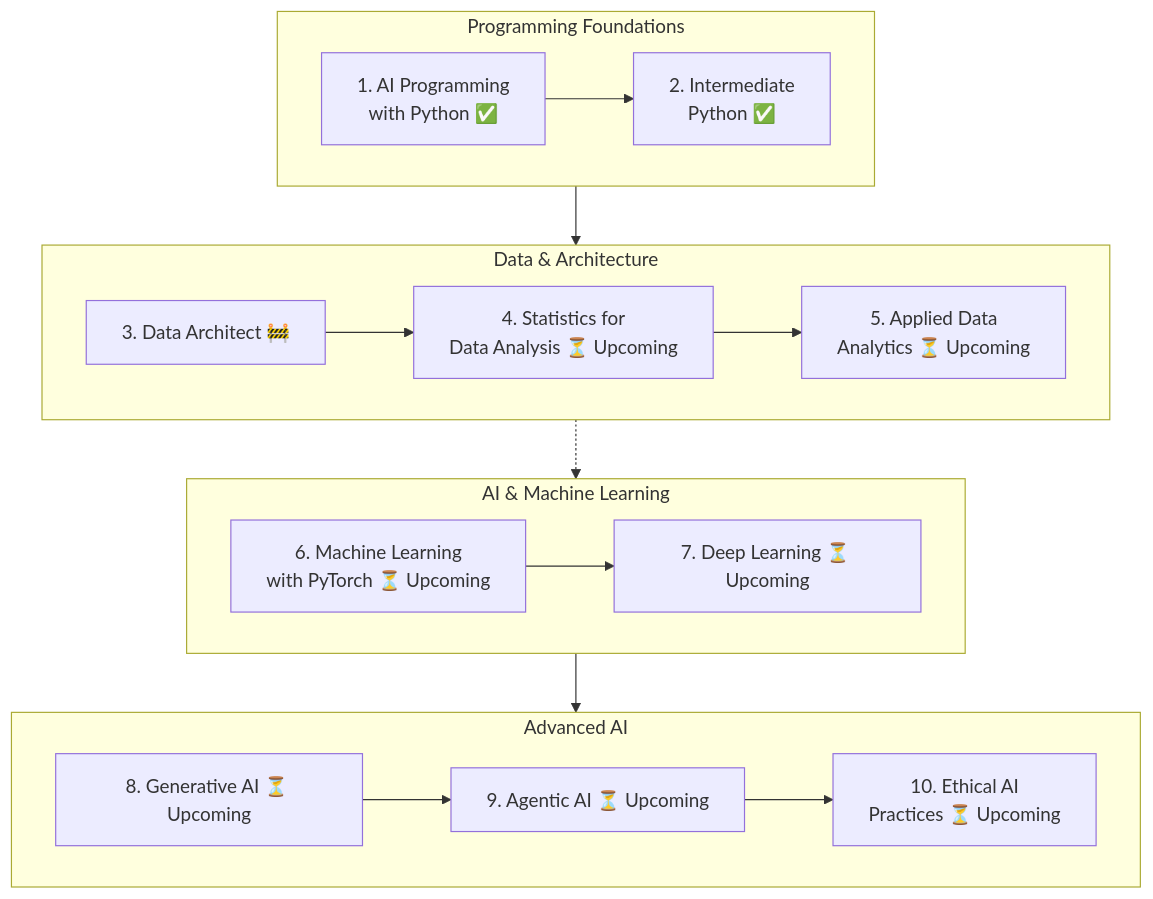
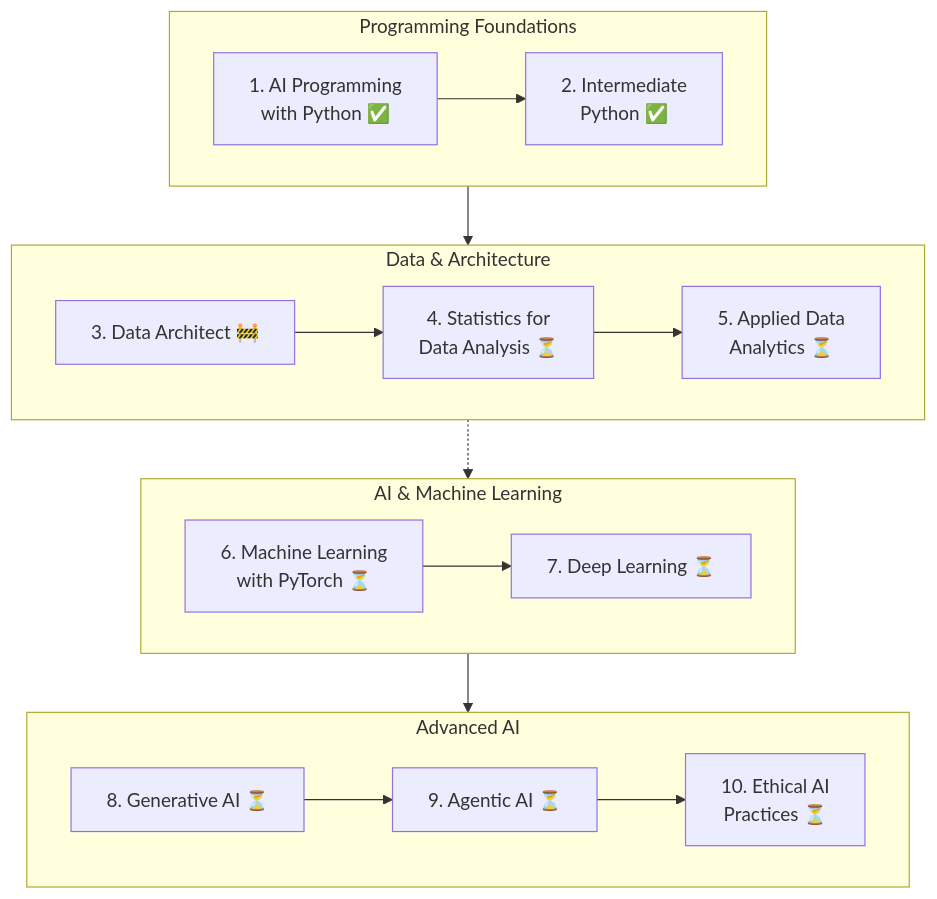
Before and after one commit to SwimLane2/udacity-ai-masters: the diagram in README.md, drawn with Mermaid.

````diff
--- a/README.md
+++ b/README.md
@@ -41,51 +41,51 @@
 ```mermaid
 flowchart TB
 
  subgraph subGraph0["Programming Foundations"]
         A["1. AI Programming
 with Python ✅"]
 
         B["2. Intermediate
 Python ✅"]
  end
 
  subgraph subGraph1["Data & Architecture"]
         C["3. Data Architect 🚧"]
 
         D["4. Statistics for
-Data Analysis ⏳ Upcoming"]
+Data Analysis ⏳"]
 
         E["5. Applied Data 
-Analytics ⏳ Upcoming"]
+Analytics ⏳"]
  end
 
  subgraph subGraph2["AI & Machine Learning"]
         F["6. Machine Learning
-with PyTorch ⏳ Upcoming"]
+with PyTorch ⏳"]
 
-        G["7. Deep Learning ⏳ Upcoming"]
+        G["7. Deep Learning ⏳"]
  end
 
  subgraph subGraph3["Advanced AI"]
-        H["8. Generative AI ⏳ Upcoming"]
+        H["8. Generative AI ⏳"]
 
-        I["9. Agentic AI ⏳ Upcoming"]
+        I["9. Agentic AI ⏳"]
 
         J["10. Ethical AI
-Practices ⏳ Upcoming"]
+Practices ⏳"]
  end
 
     A --> B
 
     C --> D
     D --> E
 
     F --> G
 
     H --> I
     I --> J
 
     subGraph0 --> subGraph1
     subGraph1 -.-> subGraph2
     subGraph2 --> subGraph3
 ```
````
